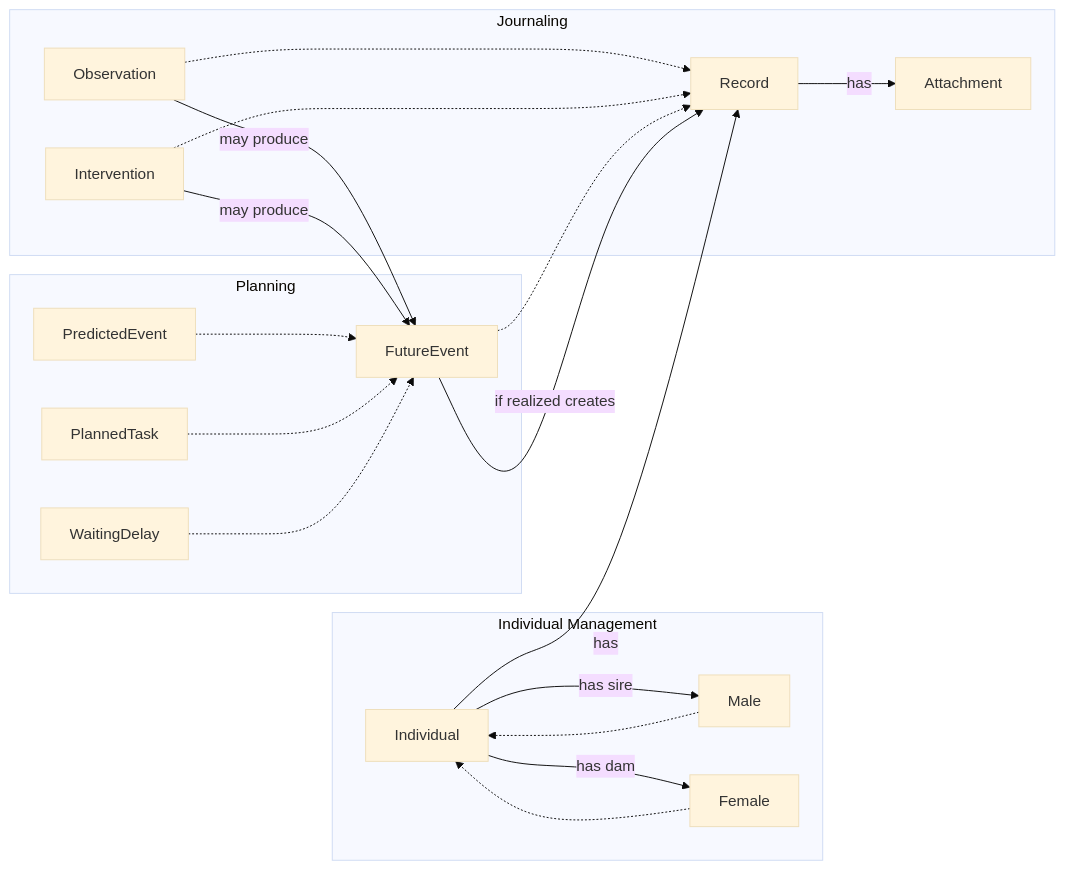
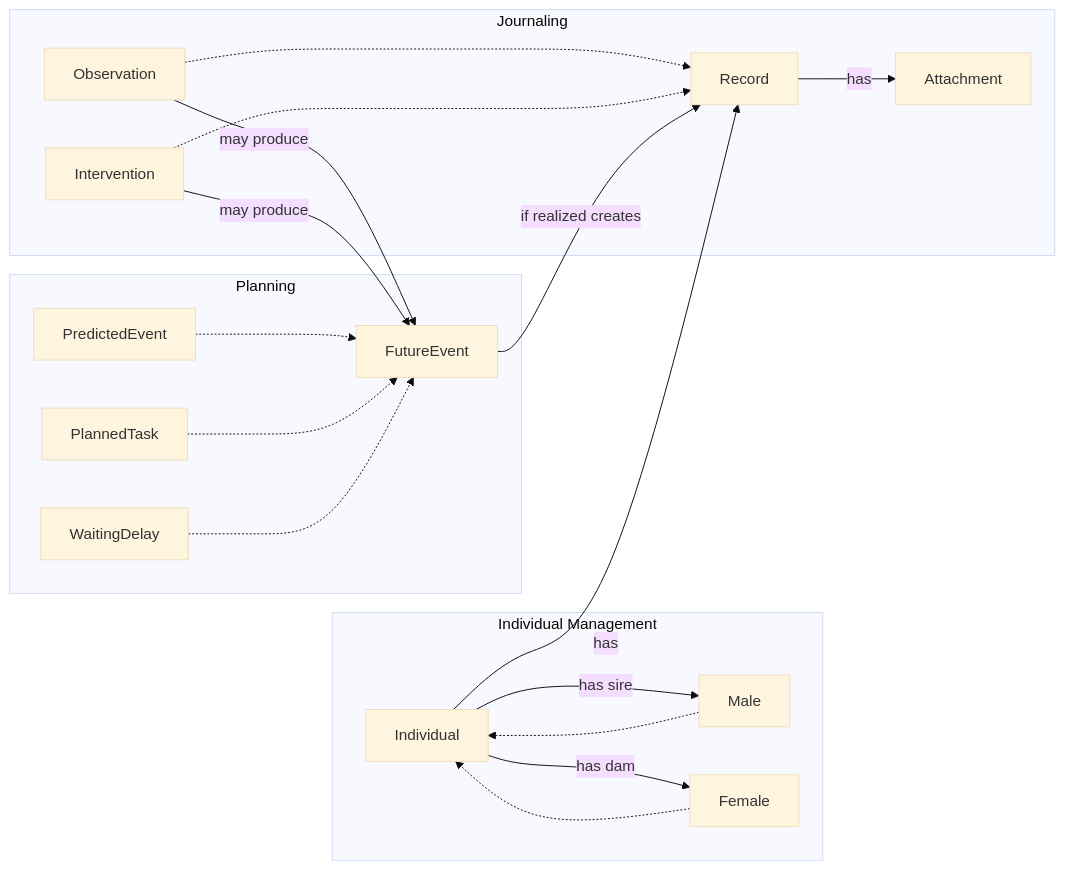
One commit to lyndametref/geep changed the first of 2 diagrams in docs/domain-model/business-object-model.md. Above: the diagram before and after it, drawn with Mermaid (base theme).

Commit message:
remove cross context dependency in domain model

````diff
--- a/docs/domain-model/business-object-model.md
+++ b/docs/domain-model/business-object-model.md
@@ -3,42 +3,41 @@
 ```mermaid
 graph LR
         subgraph IndividualManagement["Individual Management"]
                 Individual["Individual"]
                 Male["Male"]
                 Female["Female"]
         end
 
         subgraph Journaling["Journaling"]
                 Record["Record"]
                 Observation["Observation"]
                 Intervention["Intervention"]
                 Attachment["Attachment"]
         end
 
         subgraph Planning["Planning"]
                 FutureEvent["FutureEvent"]
                 PredictedEvent["PredictedEvent"]
                 PlannedTask["PlannedTask"]
                 WaitingDelay["WaitingDelay"]
         end
 
         Male -.-> Individual
         Female -.-> Individual
 
         Individual -->|has sire| Male
         Individual -->|has dam| Female
         Individual -->|has| Record
         Record -->|has| Attachment
 
         Observation -.-> Record
         Intervention -.-> Record
-        FutureEvent -.-> Record
 
         PredictedEvent -.-> FutureEvent
         PlannedTask -.-> FutureEvent
         WaitingDelay -.-> FutureEvent
 
         Observation -->|may produce| FutureEvent
         Intervention -->|may produce| FutureEvent
         FutureEvent -->|if realized creates| Record
 ```
````
